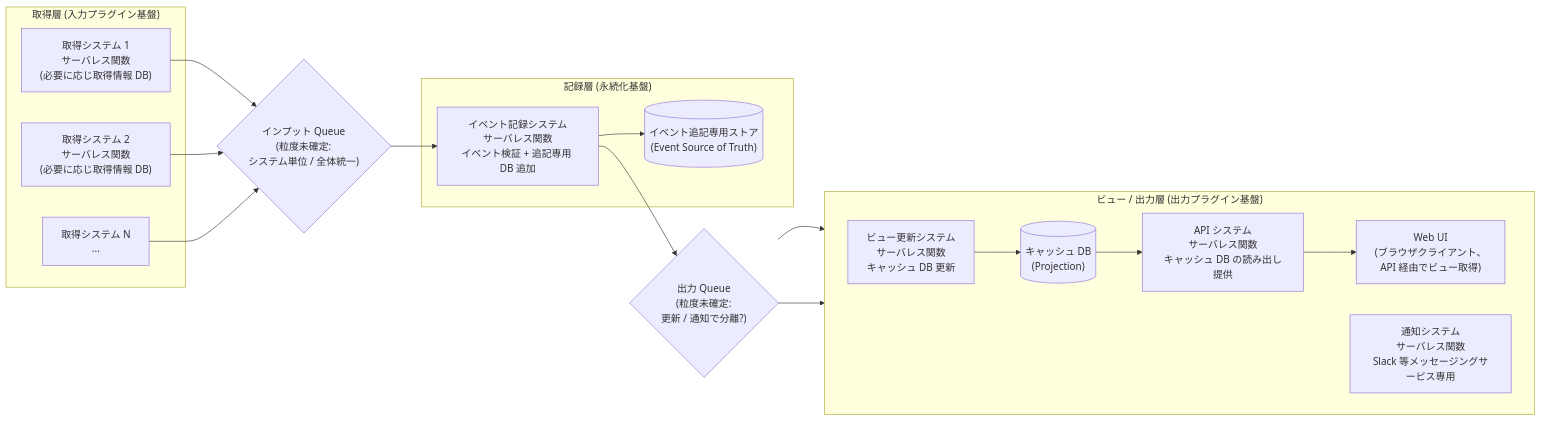
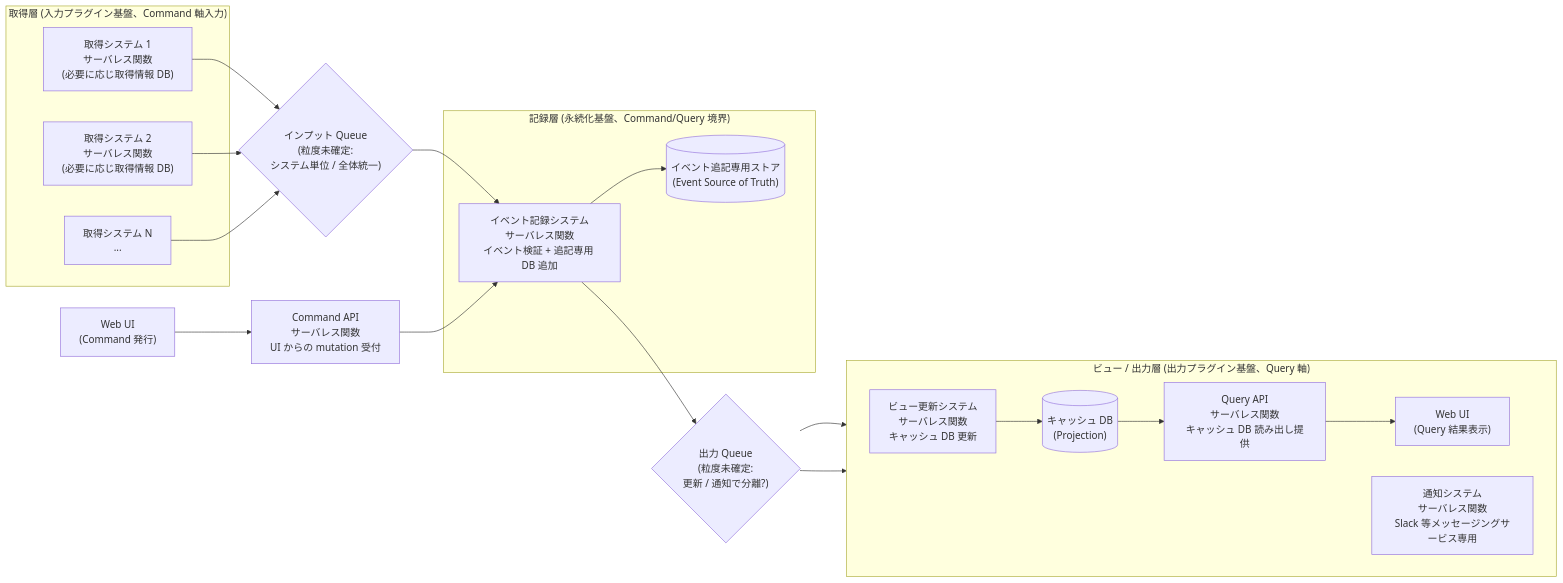
Before and after one commit to totto2727-org/monorepo: the diagram in docs/roadmap/feed-platform/design-hint.md, drawn with Mermaid. The commit also changed other lines of this file and 2 other files, not shown here.

First line of the commit message:
docs(dev-roadmap/feed-platform): replace CORS with CQRS pattern

````diff
--- a/docs/roadmap/feed-platform/design-hint.md
+++ b/docs/roadmap/feed-platform/design-hint.md
@@ -21,38 +23,43 @@
 ```mermaid
 flowchart LR
-  subgraph 取得層 ["取得層 (入力プラグイン基盤)"]
+  subgraph 取得層 ["取得層 (入力プラグイン基盤、Command 軸入力)"]
     A1["取得システム 1<br/>サーバレス関数<br/>(必要に応じ取得情報 DB)"]
     A2["取得システム 2<br/>サーバレス関数<br/>(必要に応じ取得情報 DB)"]
     AN["取得システム N<br/>..."]
   end
 
+  UI_CMD["Web UI<br/>(Command 発行)"]
+  CMDAPI["Command API<br/>サーバレス関数<br/>UI からの mutation 受付"]
+
   IQ{"インプット Queue<br/>(粒度未確定:<br/>システム単位 / 全体統一)"}
 
-  subgraph 記録層 ["記録層 (永続化基盤)"]
+  subgraph 記録層 ["記録層 (永続化基盤、Command/Query 境界)"]
     ER["イベント記録システム<br/>サーバレス関数<br/>イベント検証 + 追記専用 DB 追加"]
     ES[("イベント追記専用ストア<br/>(Event Source of Truth)")]
   end
 
   OQ{"出力 Queue<br/>(粒度未確定:<br/>更新 / 通知で分離?)"}
 
-  subgraph ビュー出力層 ["ビュー / 出力層 (出力プラグイン基盤)"]
+  subgraph ビュー出力層 ["ビュー / 出力層 (出力プラグイン基盤、Query 軸)"]
     direction LR
     VU["ビュー更新システム<br/>サーバレス関数<br/>キャッシュ DB 更新"]
     VC[("キャッシュ DB<br/>(Projection)")]
-    API["API システム<br/>サーバレス関数<br/>キャッシュ DB の読み出し提供"]
-    UI["Web UI<br/>(ブラウザクライアント、<br/>API 経由でビュー取得)"]
+    QUERYAPI["Query API<br/>サーバレス関数<br/>キャッシュ DB 読み出し提供"]
+    UI_QRY["Web UI<br/>(Query 結果表示)"]
     NT["通知システム<br/>サーバレス関数<br/>Slack 等メッセージングサービス専用"]
   end
 
   A1 --> IQ
   A2 --> IQ
   AN --> IQ
   IQ --> ER
+  UI_CMD --> CMDAPI
+  CMDAPI --> ER
   ER --> ES
   ER --> OQ
   OQ --> VU
   OQ --> NT
   VU --> VC
-  VC --> API
-  API --> UI
+  VC --> QUERYAPI
+  QUERYAPI --> UI_QRY
 ```
````
